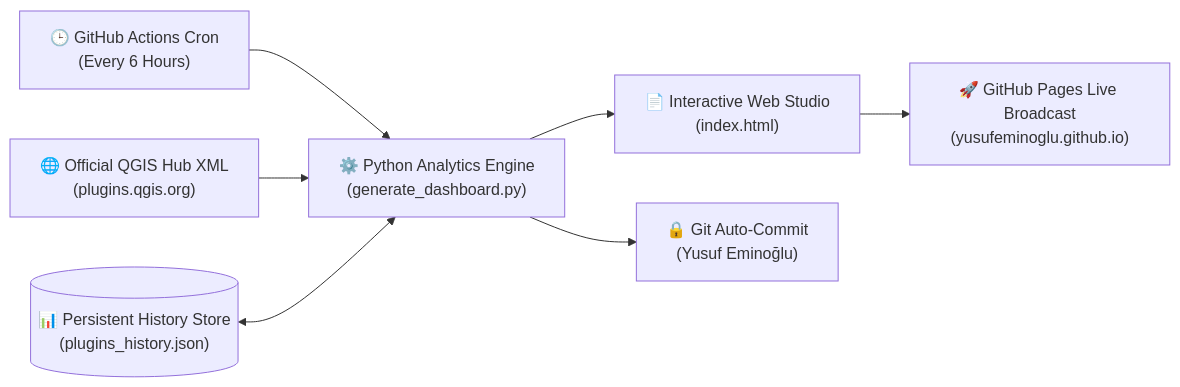
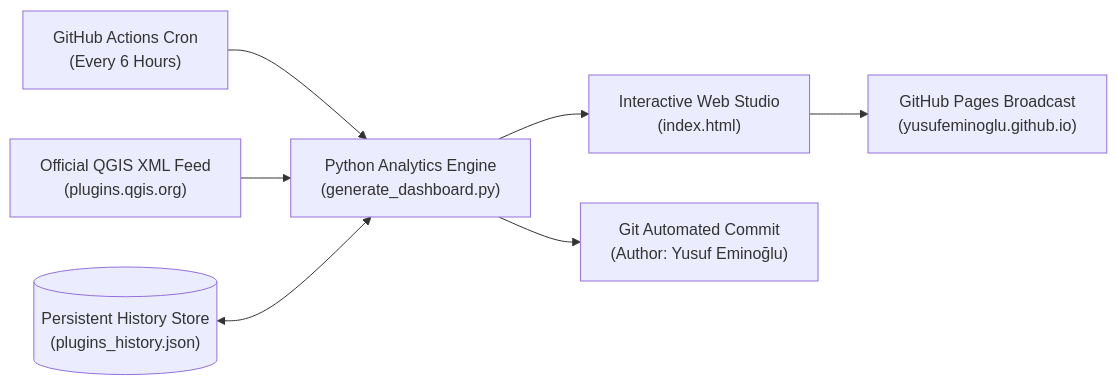
The diagram in README.md (YusufEminoglu/qgis-plugins-governance), drawn with Mermaid before and after one commit. The commit also changed other lines of this file, not shown here.

````diff
--- a/README.md
+++ b/README.md
@@ -89,9 +94,9 @@
 ```mermaid
 flowchart LR
-  CRON["🕒 GitHub Actions Cron<br/>(Every 6 Hours)"] --> RUN["⚙️ Python Analytics Engine<br/>(generate_dashboard.py)"]
-  QGIS["🌐 Official QGIS Hub XML<br/>(plugins.qgis.org)"] --> RUN
-  HIST[("📊 Persistent History Store<br/>(plugins_history.json)")] <--> RUN
-  RUN --> HTML["📄 Interactive Web Studio<br/>(index.html)"]
-  RUN --> COMMIT["🔒 Git Auto-Commit<br/>(Yusuf Eminoğlu)"]
-  HTML --> PAGES["🚀 GitHub Pages Live Broadcast<br/>(yusufeminoglu.github.io)"]
+  CRON["GitHub Actions Cron<br/>(Every 6 Hours)"] --> RUN["Python Analytics Engine<br/>(generate_dashboard.py)"]
+  QGIS["Official QGIS XML Feed<br/>(plugins.qgis.org)"] --> RUN
+  HIST[("Persistent History Store<br/>(plugins_history.json)")] <--> RUN
+  RUN --> HTML["Interactive Web Studio<br/>(index.html)"]
+  RUN --> COMMIT["Git Automated Commit<br/>(Author: Yusuf Eminoğlu)"]
+  HTML --> PAGES["GitHub Pages Broadcast<br/>(yusufeminoglu.github.io)"]
 ```
````
